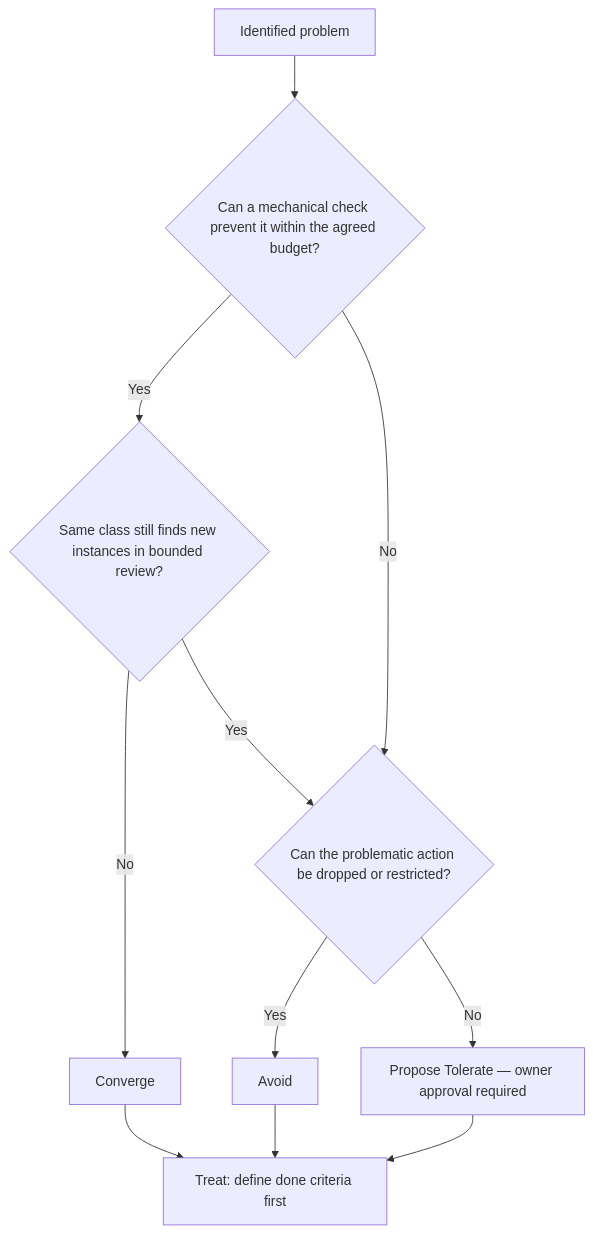
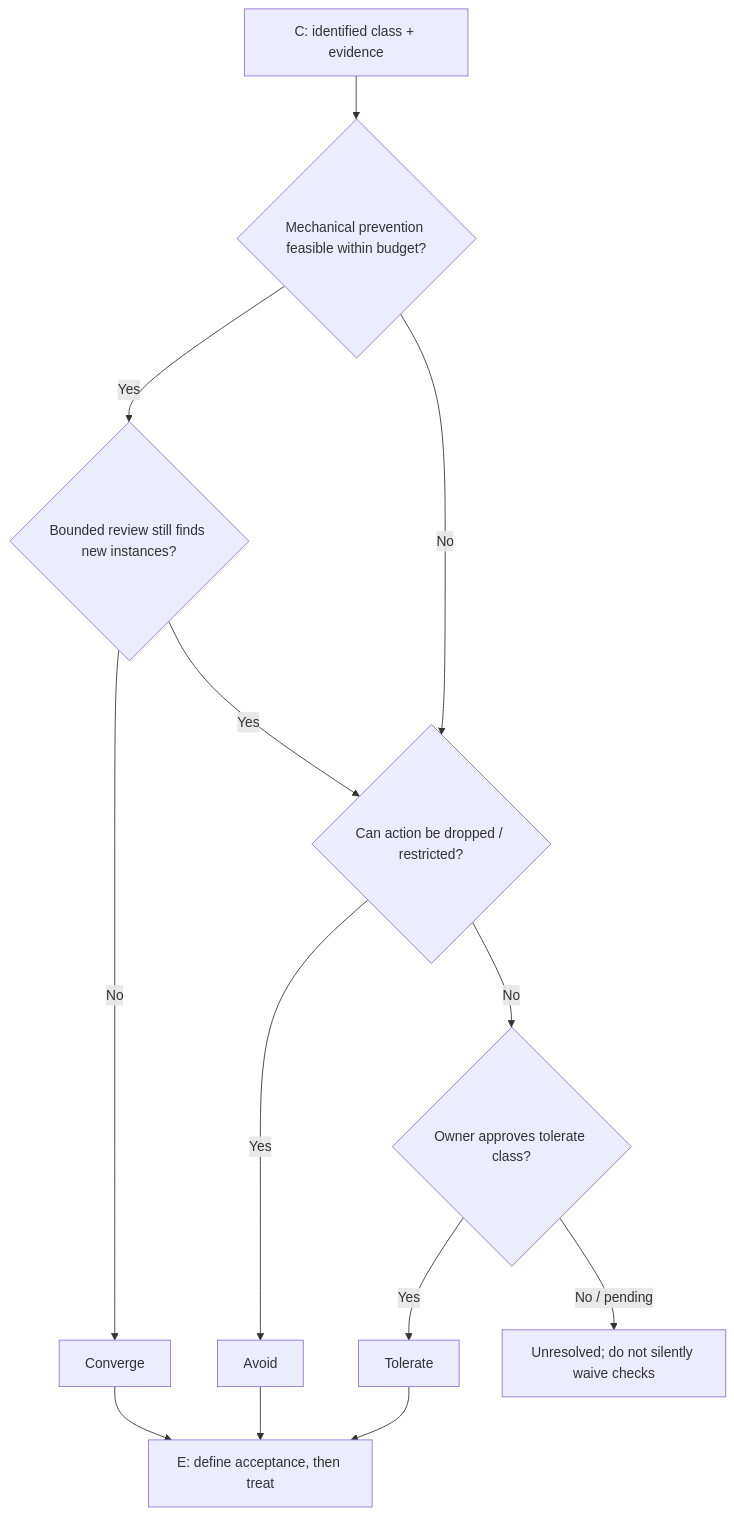
The third of 3 diagrams in docs/discussions/error-handling/README.md (dyphn1/Harness-everything), drawn with Mermaid before and after one commit. The commit also changed other lines of this file, not shown here.

````diff
--- a/docs/discussions/error-handling/README.md
+++ b/docs/discussions/error-handling/README.md
@@ -36,13 +117,15 @@
 ```mermaid
 flowchart TD
-    I["Identified problem"] --> Q{"Can a mechanical check prevent it within the agreed budget?"}
-    Q -->|Yes| R{"Same class still finds new instances in bounded review?"}
+    IN["C: identified class + evidence"] --> Q{"Mechanical prevention feasible within budget?"}
+    Q -->|Yes| R{"Bounded review still finds new instances?"}
     R -->|No| C["Converge"]
-    R -->|Yes| O{"Can the problematic action be dropped or restricted?"}
-    Q -->|No| O
-    O -->|Yes| A["Avoid"]
-    O -->|No| T["Propose Tolerate — owner approval required"]
-    C --> E["Treat: define done criteria first"]
-    A --> E
-    T --> E
+    R -->|Yes| A{"Can action be dropped / restricted?"}
+    Q -->|No| A
+    A -->|Yes| V["Avoid"]
+    A -->|No| T{"Owner approves tolerate class?"}
+    T -->|Yes| TOL["Tolerate"]
+    T -->|No / pending| WAIT["Unresolved; do not silently waive checks"]
+    C --> OUT["E: define acceptance, then treat"]
+    V --> OUT
+    TOL --> OUT
 ```
````
